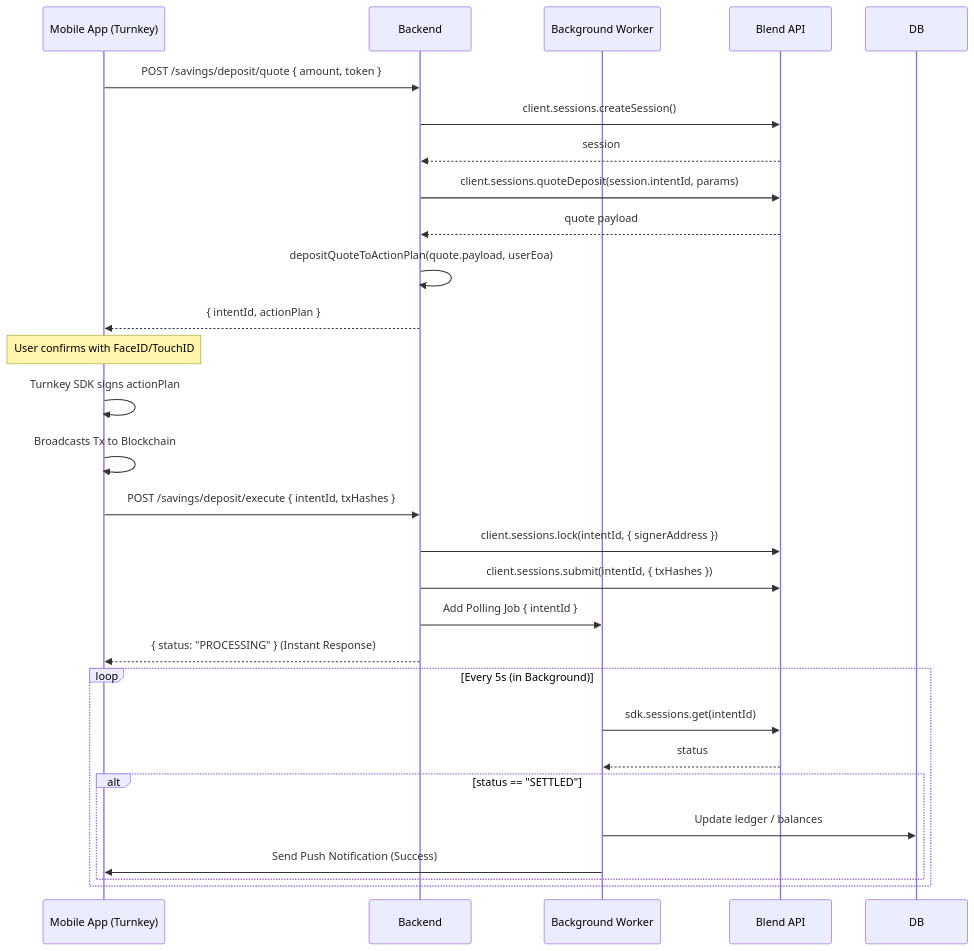
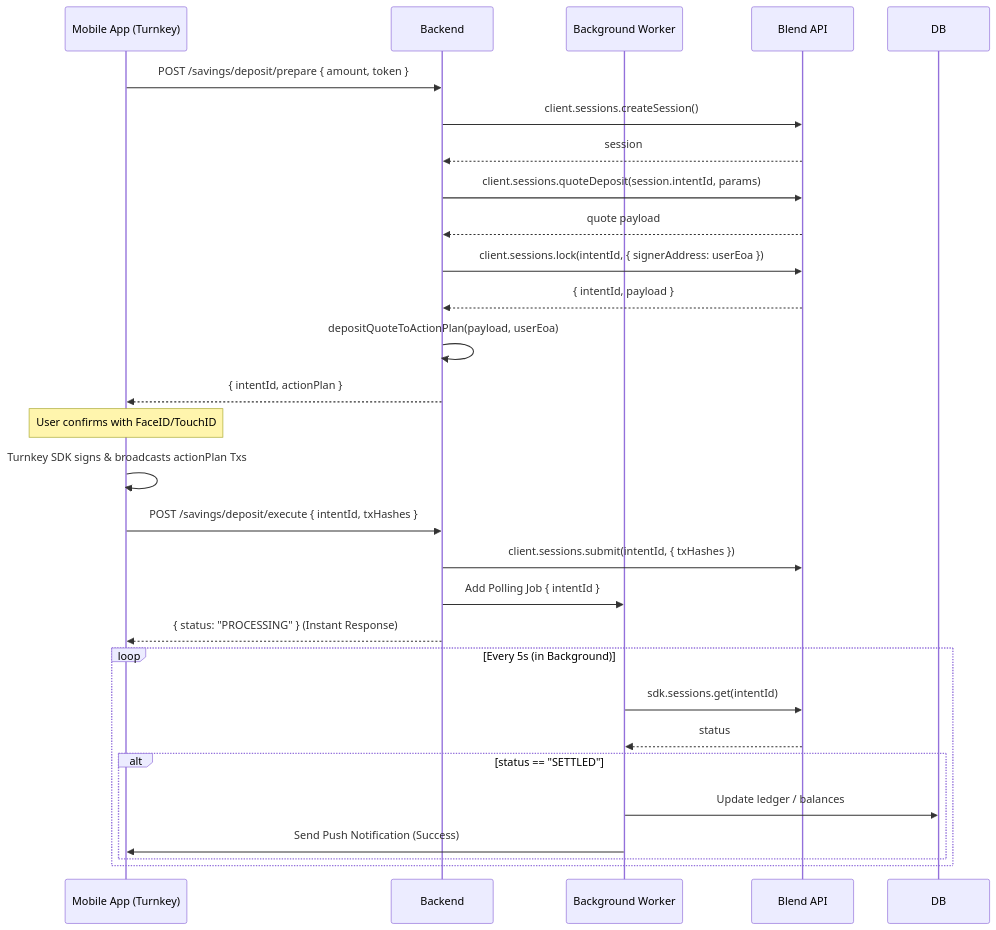
The second of 2 diagrams in docs/blend-integration-architecture.md (riteshkhamitkar/earn-yield-docs), drawn with Mermaid before and after one commit. The commit also changed other lines of this file, not shown here.

````diff
--- a/docs/blend-integration-architecture.md
+++ b/docs/blend-integration-architecture.md
@@ -104,38 +104,38 @@
 ```mermaid
 sequenceDiagram
     participant Mobile as Mobile App (Turnkey)
     participant BE as Backend
     participant Worker as Background Worker
     participant Blend as Blend API
 
-    %% Phase 1: Quote & Prepare
-    Mobile->>BE: POST /savings/deposit/quote { amount, token }
+    %% Phase 1: Prepare (Quote & Lock)
+    Mobile->>BE: POST /savings/deposit/prepare { amount, token }
     BE->>Blend: client.sessions.createSession()
     Blend-->>BE: session
     BE->>Blend: client.sessions.quoteDeposit(session.intentId, params)
     Blend-->>BE: quote payload
-    BE->>BE: depositQuoteToActionPlan(quote.payload, userEoa)
+    BE->>Blend: client.sessions.lock(intentId, { signerAddress: userEoa })
+    Blend-->>BE: { intentId, payload }
+    BE->>BE: depositQuoteToActionPlan(payload, userEoa)
     BE-->>Mobile: { intentId, actionPlan }
 
     %% Phase 2: Client-side Signing
     Note over Mobile: User confirms with FaceID/TouchID
-    Mobile->>Mobile: Turnkey SDK signs actionPlan
-    Mobile->>Mobile: Broadcasts Tx to Blockchain
+    Mobile->>Mobile: Turnkey SDK signs & broadcasts actionPlan Txs
     
     %% Phase 3: Submit & Poll
     Mobile->>BE: POST /savings/deposit/execute { intentId, txHashes }
-    BE->>Blend: client.sessions.lock(intentId, { signerAddress })
     BE->>Blend: client.sessions.submit(intentId, { txHashes })
     BE->>Worker: Add Polling Job { intentId }
     BE-->>Mobile: { status: "PROCESSING" } (Instant Response)
 
     %% Phase 4: Async Settlement
     loop Every 5s (in Background)
         Worker->>Blend: sdk.sessions.get(intentId)
         Blend-->>Worker: status
         alt status == "SETTLED"
             Worker->>DB: Update ledger / balances
             Worker->>Mobile: Send Push Notification (Success)
         end
     end
 ```
````
